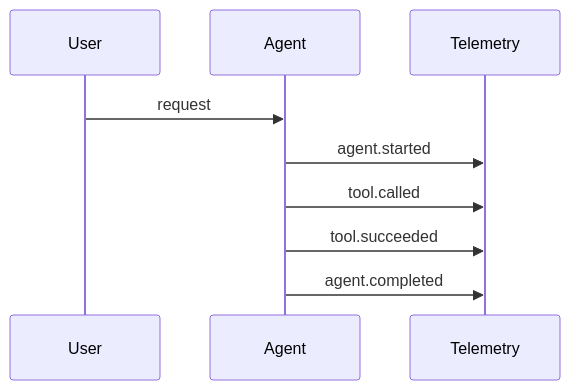
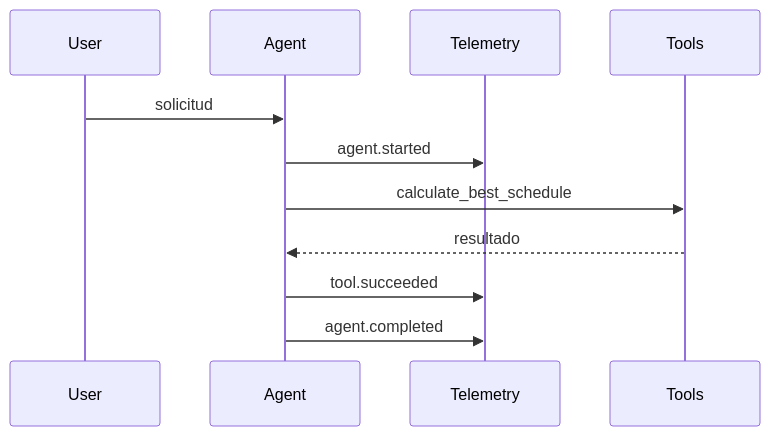
The diagram in docs/stages/stage-06-monitoring.md (aldoapicella/utp-schedule-agent-lab), drawn with Mermaid before and after one commit. The commit also changed other lines of this file and 109 other files, not shown here.

````diff
--- a/docs/stages/stage-06-monitoring.md
+++ b/docs/stages/stage-06-monitoring.md
@@ -33,11 +33,13 @@
 ```mermaid
 sequenceDiagram
   participant User
   participant Agent
   participant Telemetry
-  User->>Agent: request
+  participant Tools
+  User->>Agent: solicitud
   Agent->>Telemetry: agent.started
-  Agent->>Telemetry: tool.called
+  Agent->>Tools: calculate_best_schedule
+  Tools-->>Agent: resultado
   Agent->>Telemetry: tool.succeeded
   Agent->>Telemetry: agent.completed
 ```
````
